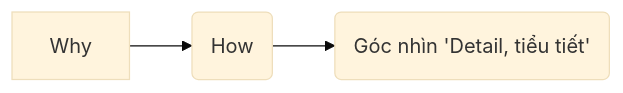
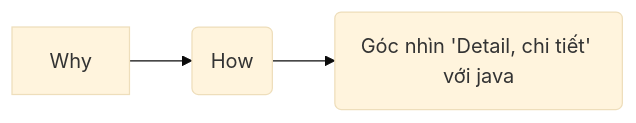
The diagram in document/clean_code.md (hazoe-dev/clean_code), drawn with Mermaid (base theme) before and after one commit. The commit also changed other lines of this file, not shown here.

````diff
--- a/document/clean_code.md
+++ b/document/clean_code.md
@@ -9,5 +9,5 @@
 ```mermaid
 graph LR
     A[Why] --> B(How)
-    B --> C(Góc nhìn 'Detail, tiểu tiết')
+    B --> C(Góc nhìn 'Detail, chi tiết' với java)
 ```
````
